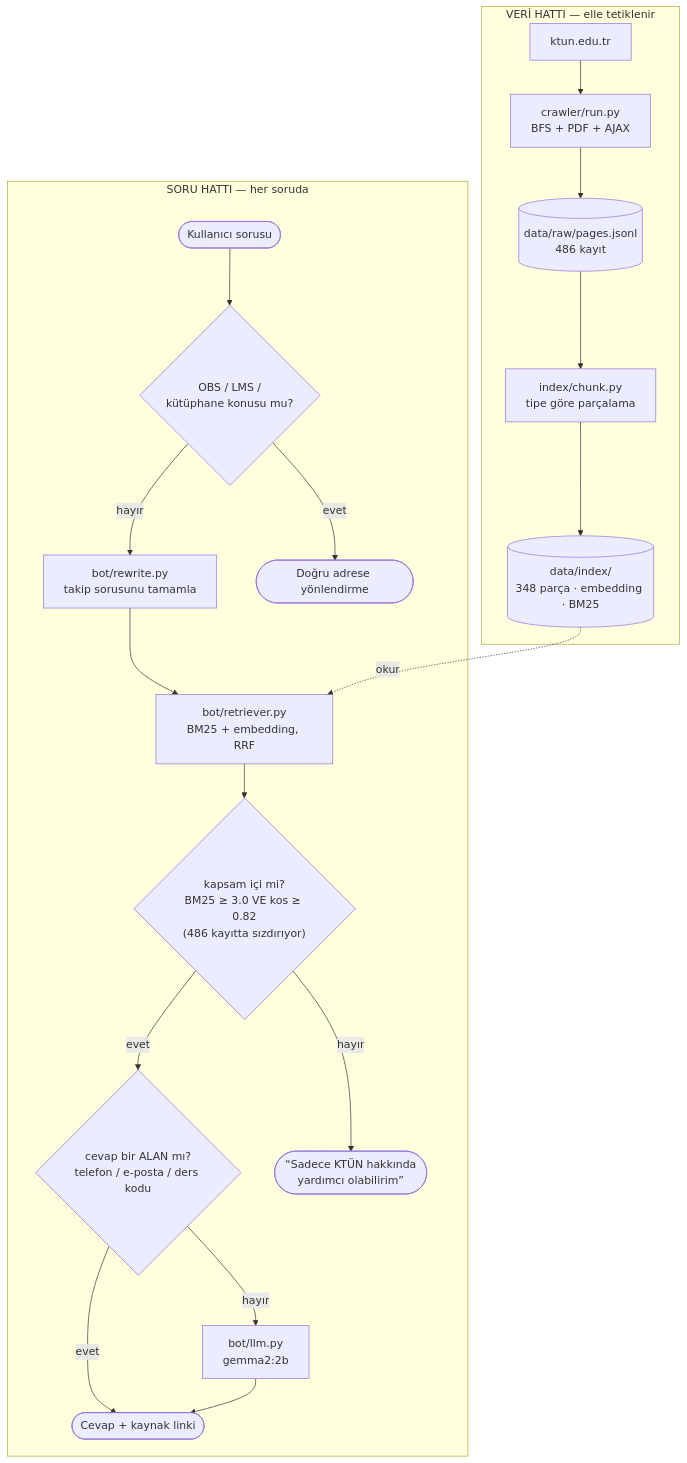
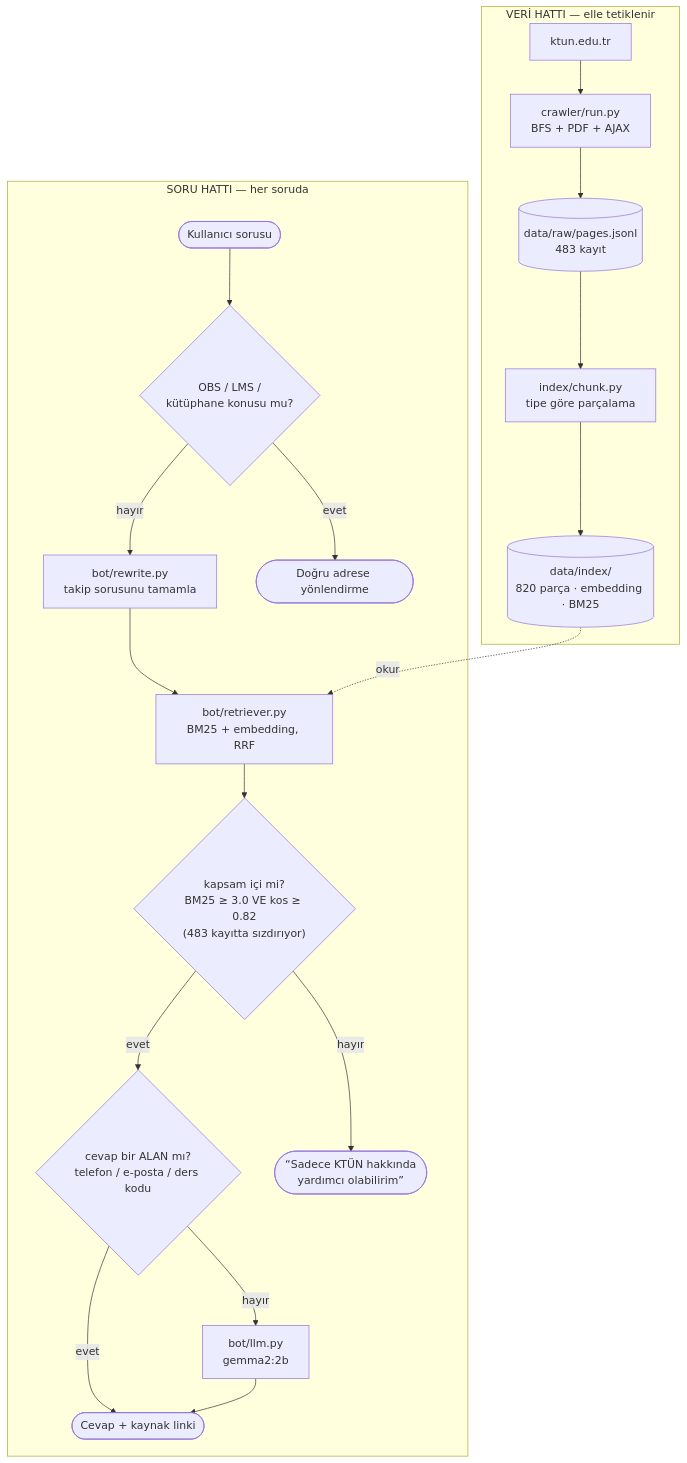
One commit to melihakcam/Chatbot changed the diagram in README.md. Above: the diagram before and after it, drawn with Mermaid. The commit also changed other lines of this file, not shown here.

First line of the commit message:
README: tam veriyle ölçümler (483 kayıt, 820 parça)

````diff
--- a/README.md
+++ b/README.md
@@ -47,34 +47,34 @@
 ```mermaid
 flowchart TD
     subgraph VERI["VERİ HATTI — elle tetiklenir"]
         SITE[ktun.edu.tr]
         CRAWL["crawler/run.py<br/>BFS + PDF + AJAX"]
-        RAW[("data/raw/pages.jsonl<br/>486 kayıt")]
+        RAW[("data/raw/pages.jsonl<br/>483 kayıt")]
         CHUNK["index/chunk.py<br/>tipe göre parçalama"]
-        IDX[("data/index/<br/>348 parça · embedding · BM25")]
+        IDX[("data/index/<br/>820 parça · embedding · BM25")]
         SITE --> CRAWL --> RAW --> CHUNK --> IDX
     end
 
     subgraph SORU["SORU HATTI — her soruda"]
         Q([Kullanıcı sorusu])
         YON{"OBS / LMS /<br/>kütüphane konusu mu?"}
         REW["bot/rewrite.py<br/>takip sorusunu tamamla"]
         ARA["bot/retriever.py<br/>BM25 + embedding, RRF"]
-        KAPI{"kapsam içi mi?<br/>BM25 ≥ 3.0 VE kos ≥ 0.82<br/>(486 kayıtta sızdırıyor)"}
+        KAPI{"kapsam içi mi?<br/>BM25 ≥ 3.0 VE kos ≥ 0.82<br/>(483 kayıtta sızdırıyor)"}
         EXT{"cevap bir ALAN mı?<br/>telefon / e-posta / ders kodu"}
         LLM["bot/llm.py<br/>gemma2:2b"]
         CEVAP([Cevap + kaynak linki])
         RED([“Sadece KTÜN hakkında<br/>yardımcı olabilirim”])
         LINK([Doğru adrese yönlendirme])
 
         Q --> YON
         YON -- evet --> LINK
         YON -- hayır --> REW --> ARA --> KAPI
         KAPI -- hayır --> RED
         KAPI -- evet --> EXT
         EXT -- evet --> CEVAP
         EXT -- hayır --> LLM --> CEVAP
     end
 
     IDX -.okur.-> ARA
 ```
````
